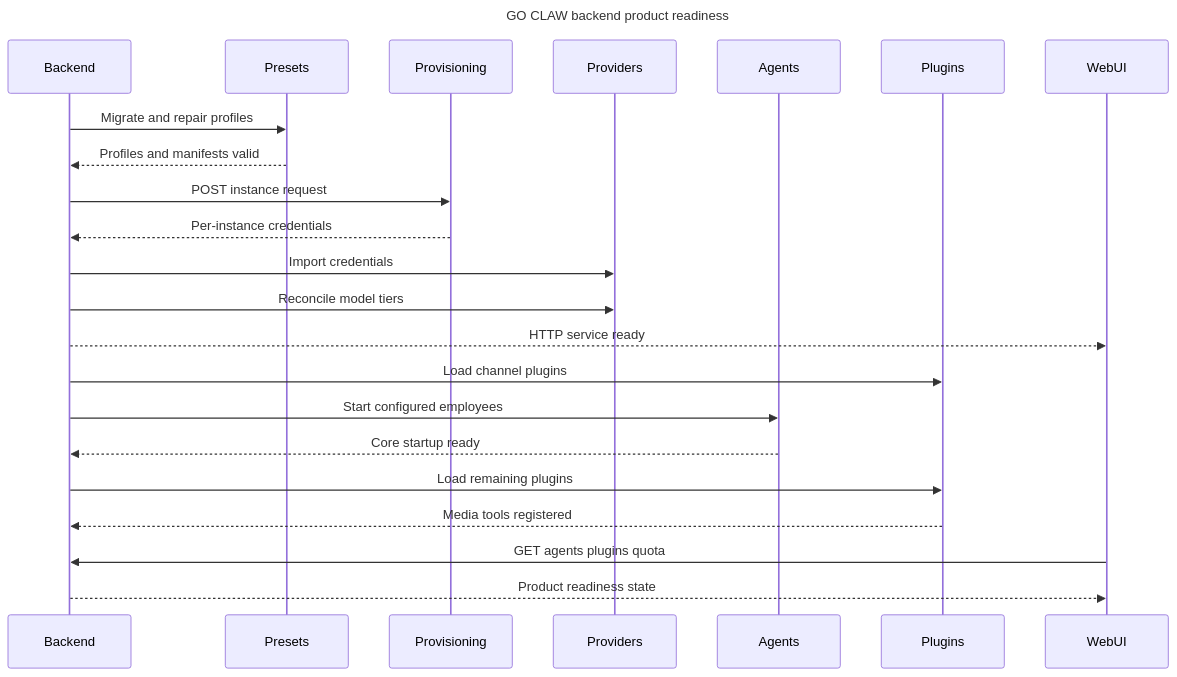
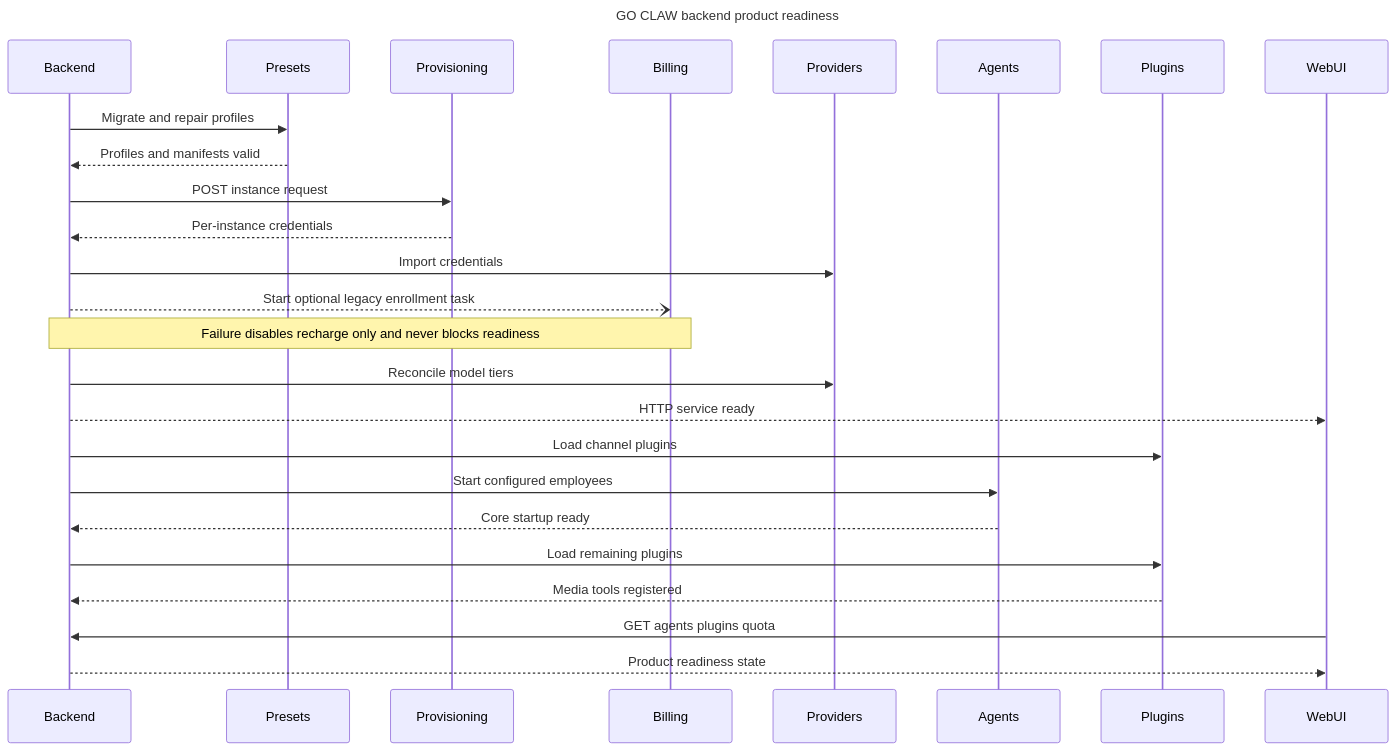
One commit to GresonKwan/GO-Claw-2.0 changed the second of 5 diagrams in docs/GO-CLAW-运行时序与维护规则.zh.md. Above: the diagram before and after it, drawn with Mermaid. The commit also changed other lines of this file and 83 other files, not shown here.

````diff
--- a/docs/GO-CLAW-运行时序与维护规则.zh.md
+++ b/docs/GO-CLAW-运行时序与维护规则.zh.md
@@ -61,26 +62,29 @@
 ```mermaid
 sequenceDiagram
     title GO CLAW backend product readiness
     participant Backend
     participant Presets
     participant Provisioning
+    participant Billing
     participant Providers
     participant Agents
     participant Plugins
     participant WebUI
 
     Backend->>Presets: Migrate and repair profiles
     Presets-->>Backend: Profiles and manifests valid
     Backend->>Provisioning: POST instance request
     Provisioning-->>Backend: Per-instance credentials
     Backend->>Providers: Import credentials
+    Backend--)Billing: Start optional legacy enrollment task
+    Note over Backend,Billing: Failure disables recharge only and never blocks readiness
     Backend->>Providers: Reconcile model tiers
     Backend-->>WebUI: HTTP service ready
     Backend->>Plugins: Load channel plugins
     Backend->>Agents: Start configured employees
     Agents-->>Backend: Core startup ready
     Backend->>Plugins: Load remaining plugins
     Plugins-->>Backend: Media tools registered
     WebUI->>Backend: GET agents plugins quota
     Backend-->>WebUI: Product readiness state
 ```
````
